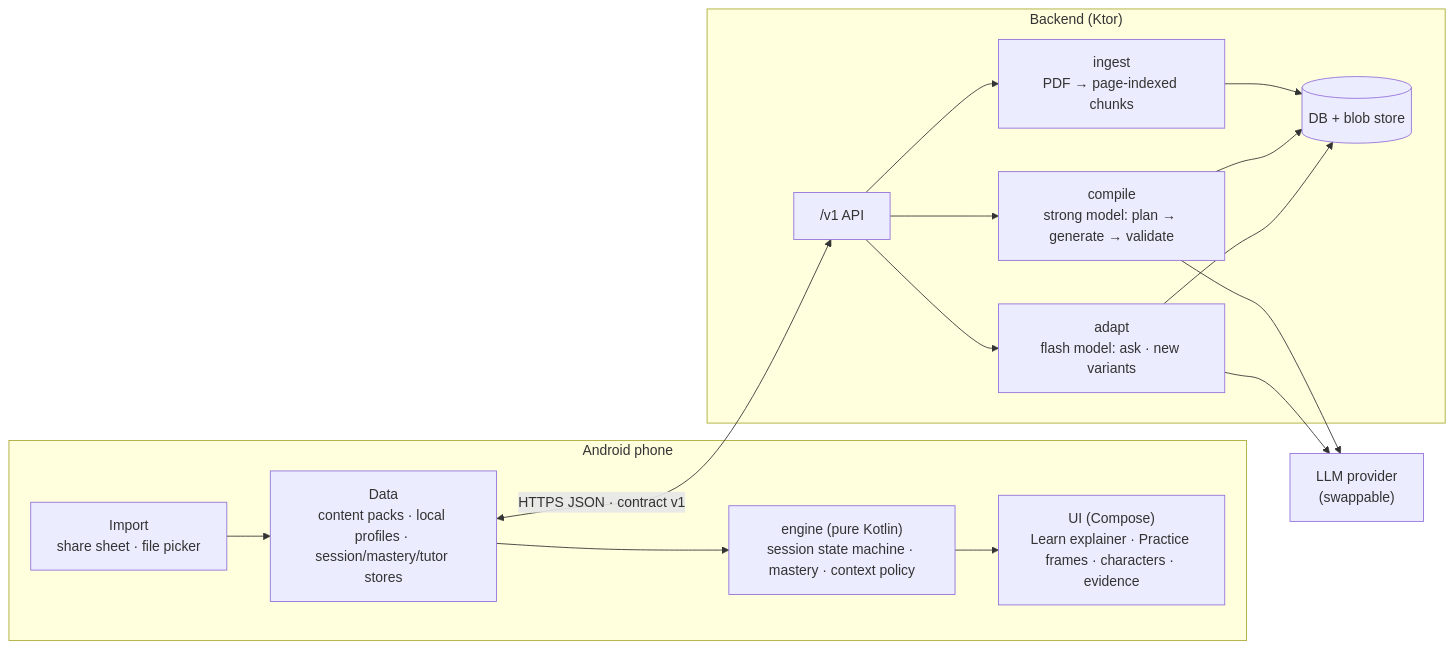
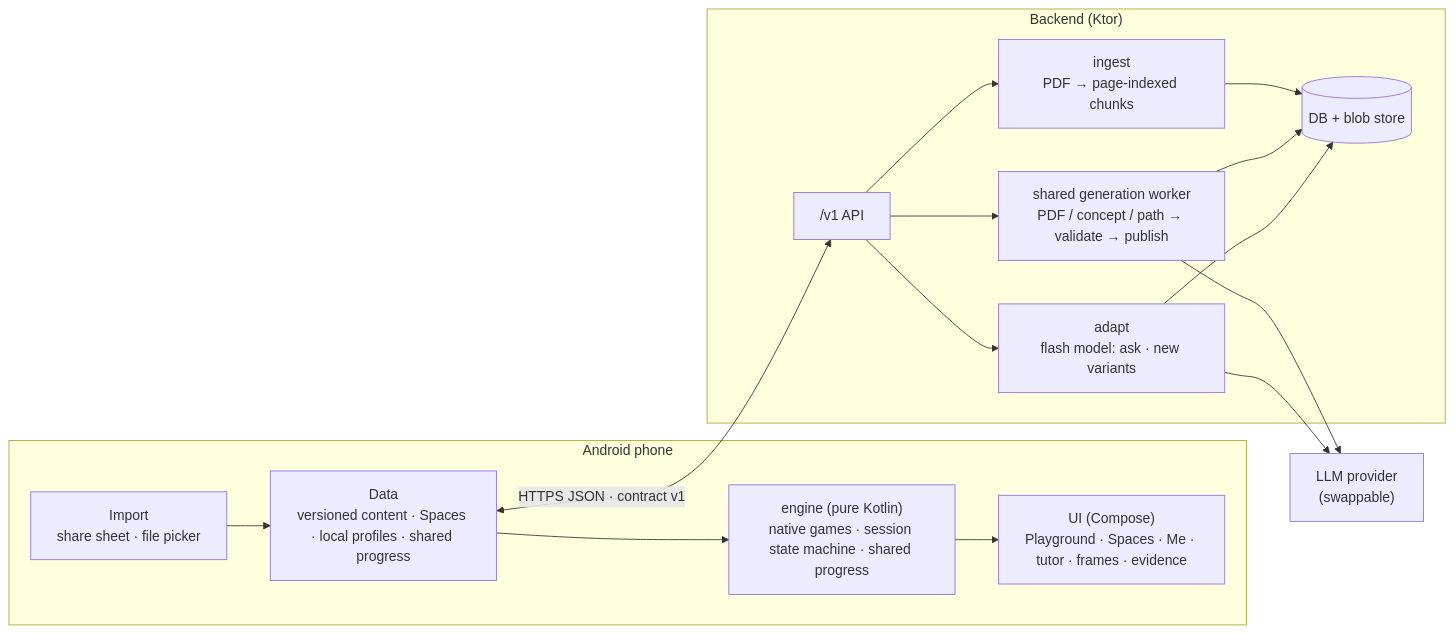
The diagram in README.md (Alex-jjh/anything2game), drawn with Mermaid before and after one commit. The commit also changed other lines of this file and 34 other files, not shown here.

Commit message:
docs: record concept game and PDF Space acceptance evidence

````diff
--- a/README.md
+++ b/README.md
@@ -51,24 +54,24 @@
 ```mermaid
 flowchart LR
   subgraph Phone["Android phone"]
     IMP["Import<br/>share sheet · file picker"]
-    DATA["Data<br/>content packs · local profiles · session/mastery/tutor stores"]
-    ENG["engine (pure Kotlin)<br/>session state machine · mastery · context policy"]
-    UI["UI (Compose)<br/>Learn explainer · Practice frames · characters · evidence"]
+    DATA["Data<br/>versioned content · Spaces · local profiles · shared progress"]
+    ENG["engine (pure Kotlin)<br/>native games · session state machine · shared progress"]
+    UI["UI (Compose)<br/>Playground · Spaces · Me · tutor · frames · evidence"]
     IMP --> DATA --> ENG --> UI
   end
   subgraph Server["Backend (Ktor)"]
     API["/v1 API"]
     ING["ingest<br/>PDF → page-indexed chunks"]
-    CMP["compile<br/>strong model: plan → generate → validate"]
+    CMP["shared generation worker<br/>PDF / concept / path → validate → publish"]
     ADP["adapt<br/>flash model: ask · new variants"]
     ST[("DB + blob store")]
     API --> ING --> ST
     API --> CMP --> ST
     API --> ADP --> ST
   end
   LLM["LLM provider<br/>(swappable)"]
   DATA <-->|HTTPS JSON · contract v1| API
   CMP --> LLM
   ADP --> LLM
 ```
````
